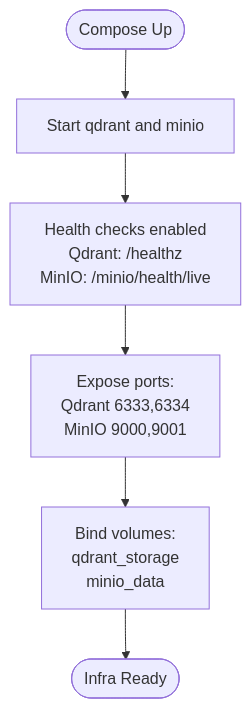
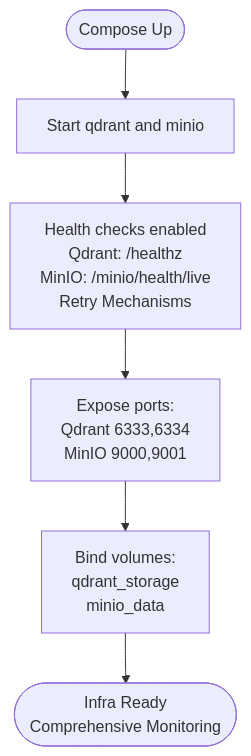
Before and after one commit to ognelis/cafetera_hr_bot: diagram 12 of 13 in .qoder/repowiki/en/content/Deployment and Operations.md, drawn with Mermaid. The commit also changed other lines of this file and 11 other files, not shown here.

````diff
--- a/.qoder/repowiki/en/content/Deployment and Operations.md
+++ b/.qoder/repowiki/en/content/Deployment and Operations.md
@@ -458,8 +539,8 @@
 ```mermaid
 flowchart TD
 Start(["Compose Up"]) --> Services["Start qdrant and minio"]
-Services --> Health["Health checks enabled<br/>Qdrant: /healthz<br/>MinIO: /minio/health/live"]
+Services --> Health["Health checks enabled<br/>Qdrant: /healthz<br/>MinIO: /minio/health/live<br/>Retry Mechanisms"]
 Health --> Ports["Expose ports:<br/>Qdrant 6333,6334<br/>MinIO 9000,9001"]
 Ports --> Volumes["Bind volumes:<br/>qdrant_storage<br/>minio_data"]
-Volumes --> Ready(["Infra Ready"])
+Volumes --> Ready(["Infra Ready<br/>Comprehensive Monitoring"])
 ```
````
